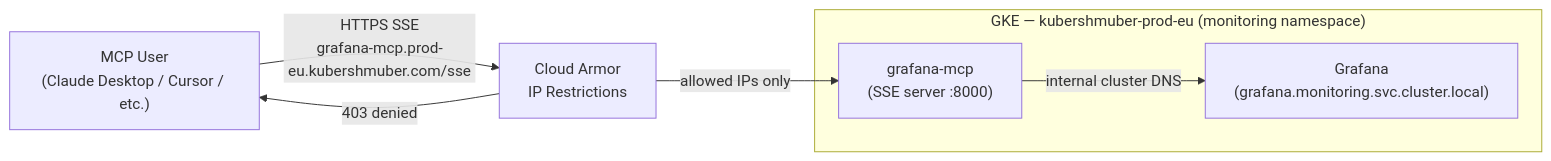
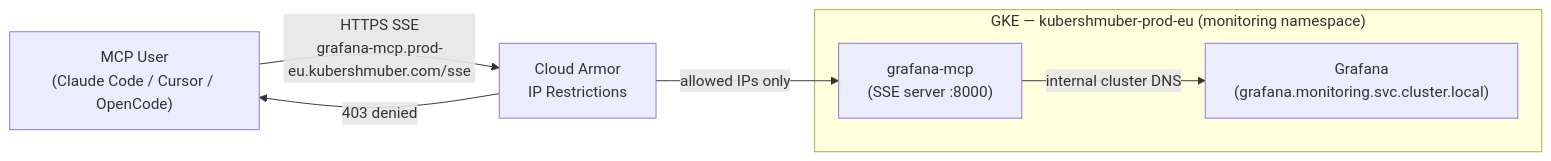
Before and after one commit to bitgaming/grafana-mcp: the diagram in README.md, drawn with Mermaid. The commit also changed other lines of this file, not shown here.

Commit message:
docs: fix section order and architecture diagram client labels

````diff
--- a/README.md
+++ b/README.md
@@ -15,16 +15,16 @@
 ```mermaid
 graph LR
-    User["MCP User\n(Claude Desktop / Cursor / etc.)"]
+    User["MCP User\n(Claude Code / Cursor / OpenCode)"]
 
     subgraph GKE ["GKE — kubershmuber-prod-eu (monitoring namespace)"]
         MCP["grafana-mcp\n(SSE server :8000)"]
         Grafana["Grafana\n(grafana.monitoring.svc.cluster.local)"]
     end
 
     CA["Cloud Armor\nIP Restrictions"]
 
     User -->|"HTTPS SSE\ngrafana-mcp.prod-eu.kubershmuber.com/sse"| CA
     CA -->|"allowed IPs only"| MCP
     CA -->|"403 denied"| User
     MCP -->|"internal cluster DNS"| Grafana
 ```
````
